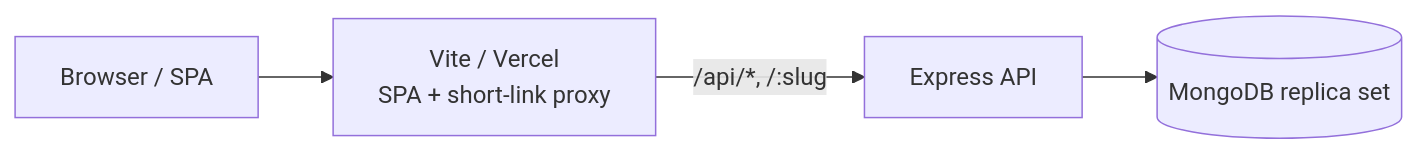
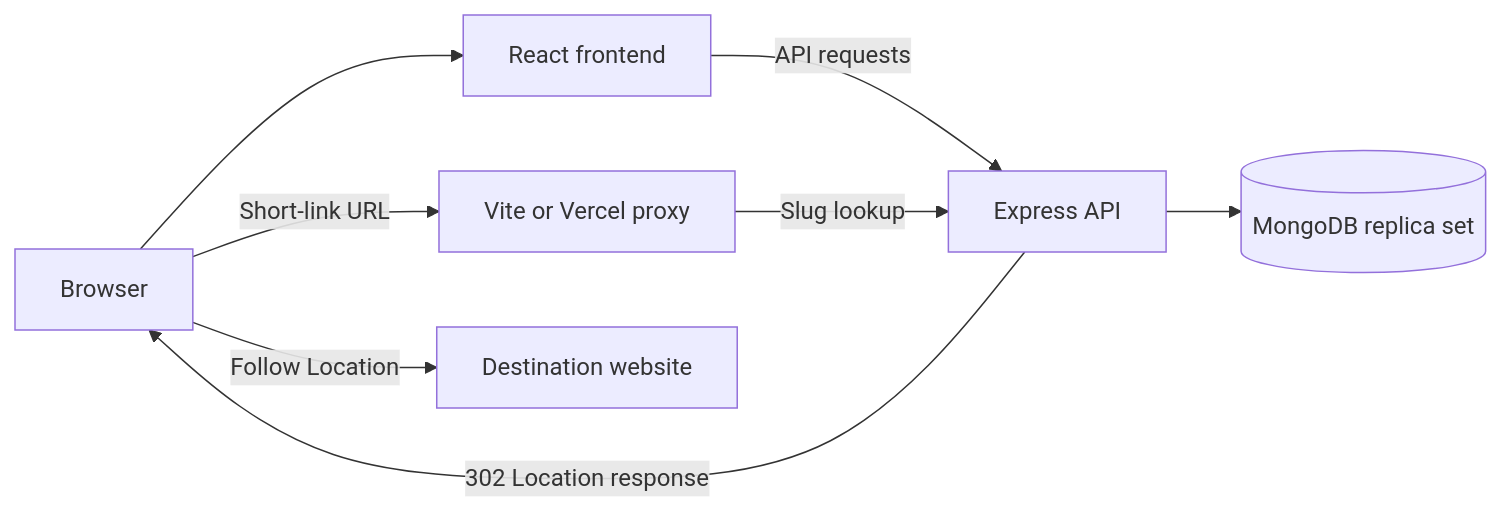
The diagram in README.md (0x4Nayan04/Shortly), drawn with Mermaid before and after one commit. The commit also changed other lines of this file, not shown here.

````diff
--- a/README.md
+++ b/README.md
@@ -95,11 +117,10 @@
 ```mermaid
 flowchart LR
-  Browser["Browser / SPA"]
-  Vite["Vite / Vercel<br/>SPA + short-link proxy"]
-  API["Express API"]
-  Mongo[("MongoDB replica set")]
-
-  Browser --> Vite
-  Vite -->|"/api/*, /:slug"| API
-  API --> Mongo
+  Browser[Browser] --> Frontend[React frontend]
+  Frontend -->|API requests| API[Express API]
+  Browser -->|Short-link URL| Proxy[Vite or Vercel proxy]
+  Proxy -->|Slug lookup| API
+  API --> Mongo[(MongoDB replica set)]
+  API -->|302 Location response| Browser
+  Browser -->|Follow Location| Destination[Destination website]
 ```
````
